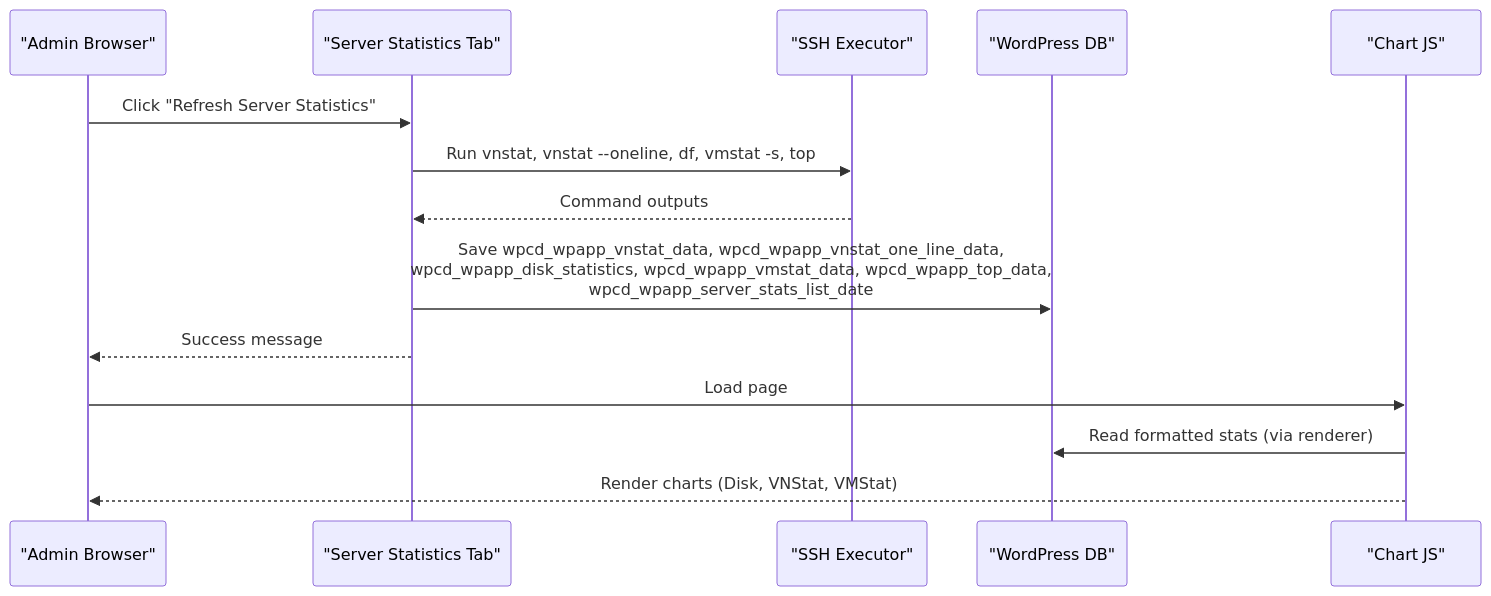
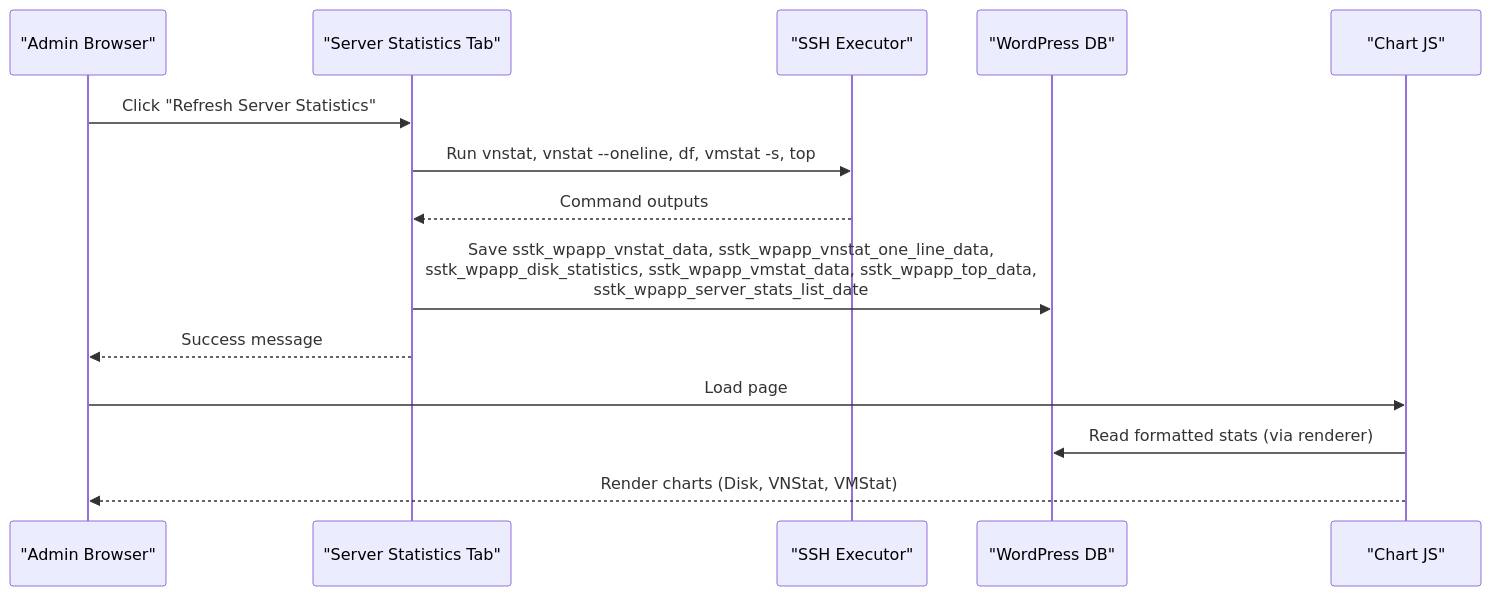
Before and after one commit to onedogsolutions/simple-stack: the second of 7 diagrams in .qoder/repowiki/en/content/Logging & Monitoring/System Monitoring & Metrics/Server Performance Metrics.md, drawn with Mermaid. The commit also changed other lines of this file and 5941 other files, not shown here.

````diff
--- a/.qoder/repowiki/en/content/Logging & Monitoring/System Monitoring & Metrics/Server Performance Metrics.md
+++ b/.qoder/repowiki/en/content/Logging & Monitoring/System Monitoring & Metrics/Server Performance Metrics.md
@@ -104,16 +104,16 @@
 ```mermaid
 sequenceDiagram
 participant Admin as "Admin Browser"
 participant Tab as "Server Statistics Tab"
 participant SSH as "SSH Executor"
 participant WP as "WordPress DB"
 participant FE as "Chart JS"
 Admin->>Tab : Click "Refresh Server Statistics"
 Tab->>SSH : Run vnstat, vnstat --oneline, df, vmstat -s, top
 SSH-->>Tab : Command outputs
-Tab->>WP : Save wpcd_wpapp_vnstat_data, wpcd_wpapp_vnstat_one_line_data,<br/>wpcd_wpapp_disk_statistics, wpcd_wpapp_vmstat_data, wpcd_wpapp_top_data,<br/>wpcd_wpapp_server_stats_list_date
+Tab->>WP : Save sstk_wpapp_vnstat_data, sstk_wpapp_vnstat_one_line_data,<br/>sstk_wpapp_disk_statistics, sstk_wpapp_vmstat_data, sstk_wpapp_top_data,<br/>sstk_wpapp_server_stats_list_date
 Tab-->>Admin : Success message
 Admin->>FE : Load page
 FE->>WP : Read formatted stats (via renderer)
 FE-->>Admin : Render charts (Disk, VNStat, VMStat)
 ```
````
